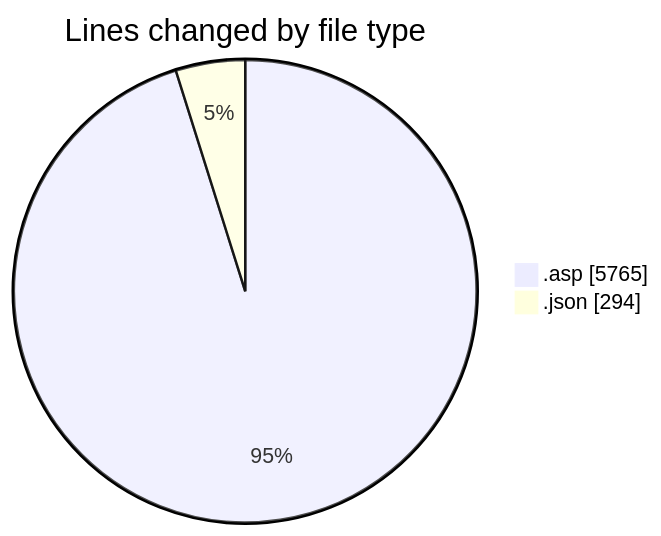
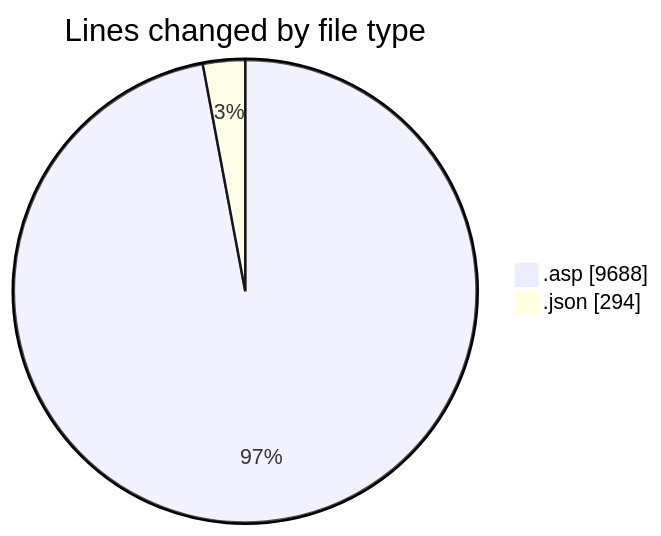
The first of 2 diagrams in 2025-10-27/usr_aleoudev_fr__workspace_/README.md (julien-gomy/code-tracking), drawn with Mermaid before and after one commit. The commit also changed other lines of this file and 1 other file, not shown here.

````diff
--- a/2025-10-27/usr_aleoudev_fr__workspace_/README.md
+++ b/2025-10-27/usr_aleoudev_fr__workspace_/README.md
@@ -27,6 +28,6 @@
 ```mermaid
 pie showData
 title Lines changed by file type
-".asp" : 5765
+".asp" : 9688
 ".json" : 294
 ```
````
